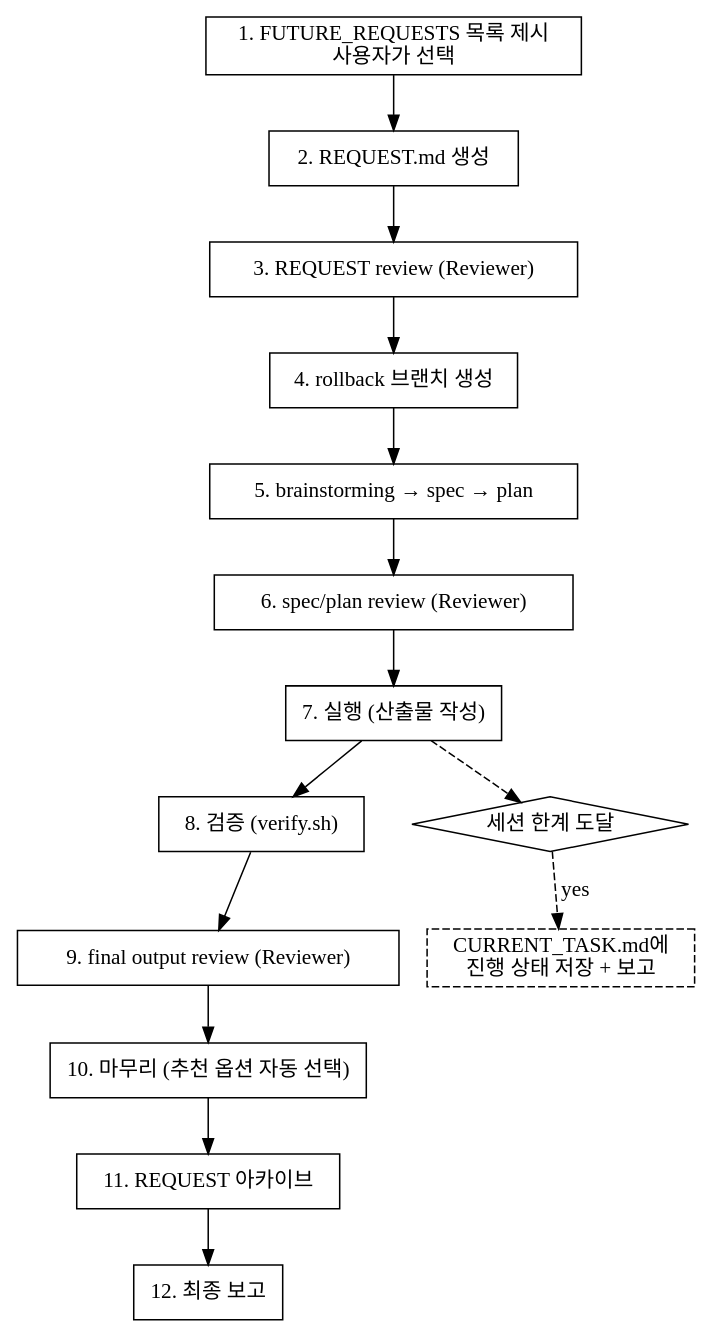
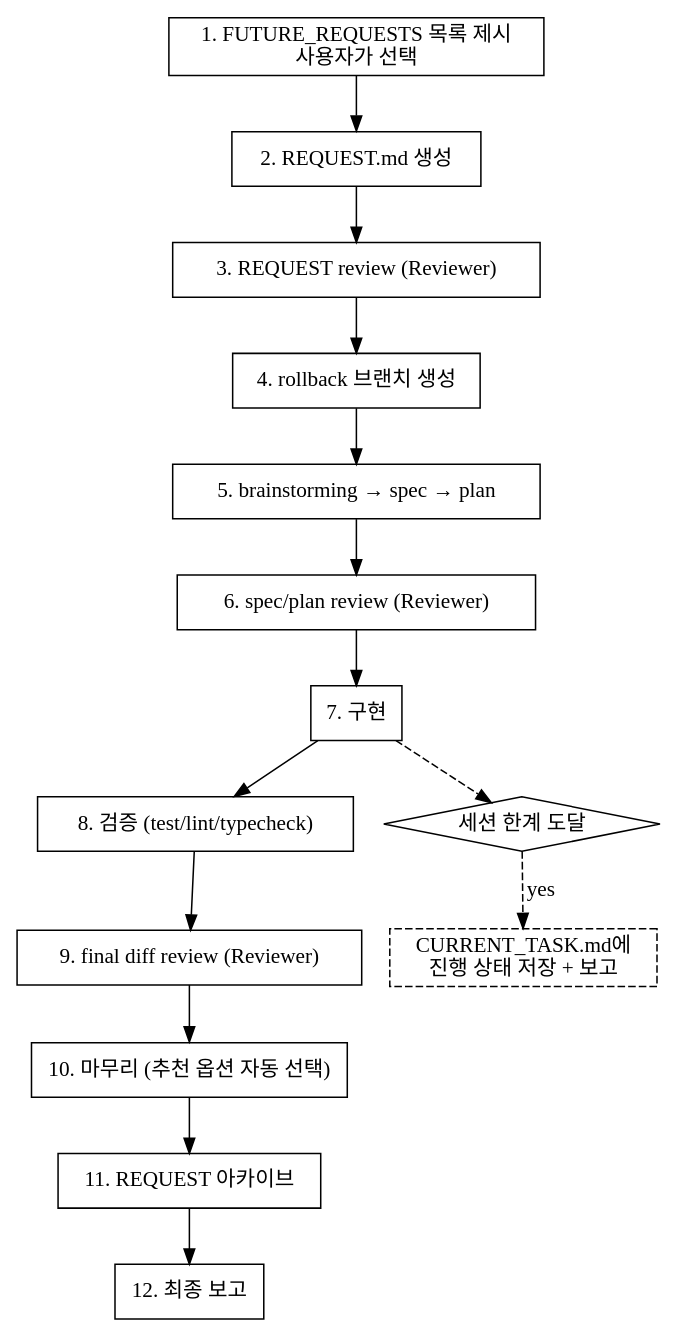
Before and after one commit to JuseongJee/review-driven-ai-workflow-lite: the diagram in rd-workflow/claude_skills/autopilot/SKILL.md, drawn with Graphviz. The commit also changed other lines of this file and 23 other files, not shown here.

````diff
--- a/rd-workflow/claude_skills/autopilot/SKILL.md
+++ b/rd-workflow/claude_skills/autopilot/SKILL.md
@@ -12,28 +12,28 @@
 ```dot
 digraph autopilot {
     rankdir=TB;
     node [shape=box];
 
     select [label="1. FUTURE_REQUESTS 목록 제시\n사용자가 선택"];
     request [label="2. REQUEST.md 생성"];
     request_review [label="3. REQUEST review (Reviewer)"];
     branch [label="4. rollback 브랜치 생성"];
     design [label="5. brainstorming → spec → plan"];
     spec_review [label="6. spec/plan review (Reviewer)"];
-    execute [label="7. 실행 (산출물 작성)"];
-    verify [label="8. 검증 (verify.sh)"];
-    output_review [label="9. final output review (Reviewer)"];
+    implement [label="7. 구현"];
+    verify [label="8. 검증 (test/lint/typecheck)"];
+    diff_review [label="9. final diff review (Reviewer)"];
     finish [label="10. 마무리 (추천 옵션 자동 선택)"];
     archive [label="11. REQUEST 아카이브"];
     report [label="12. 최종 보고"];
 
     select -> request -> request_review -> branch -> design -> spec_review;
-    spec_review -> execute -> verify -> output_review -> finish -> archive -> report;
+    spec_review -> implement -> verify -> diff_review -> finish -> archive -> report;
 
     session_limit [label="세션 한계 도달" shape=diamond];
     save_state [label="CURRENT_TASK.md에\n진행 상태 저장 + 보고" shape=box style=dashed];
 
-    execute -> session_limit [style=dashed];
+    implement -> session_limit [style=dashed];
     session_limit -> save_state [label="yes" style=dashed];
 }
 ```
````
